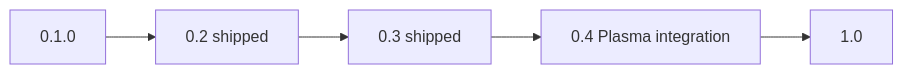
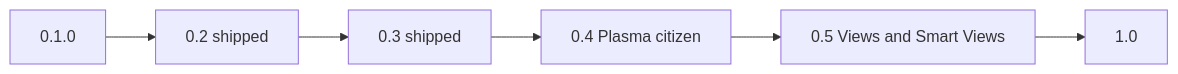
Before and after one commit to shrippen/Kurrent: the diagram in ROADMAP.md, drawn with Mermaid. The commit also changed other lines of this file and 2 other files, not shown here.

Commit message:
Document 1.0 views, Smart Views, and main-pane UX in Design and ROADMAP.

````diff
--- a/ROADMAP.md
+++ b/ROADMAP.md
@@ -7,9 +9,10 @@
 ```mermaid
 flowchart LR
   v010[0.1.0]
   v02[0.2 shipped]
   v03[0.3 shipped]
-  v04[0.4 Plasma integration]
+  v04[0.4 Plasma citizen]
+  v05[0.5 Views and Smart Views]
   v10[1.0]
-  v010 --> v02 --> v03 --> v04 --> v10
+  v010 --> v02 --> v03 --> v04 --> v05 --> v10
 ```
````
